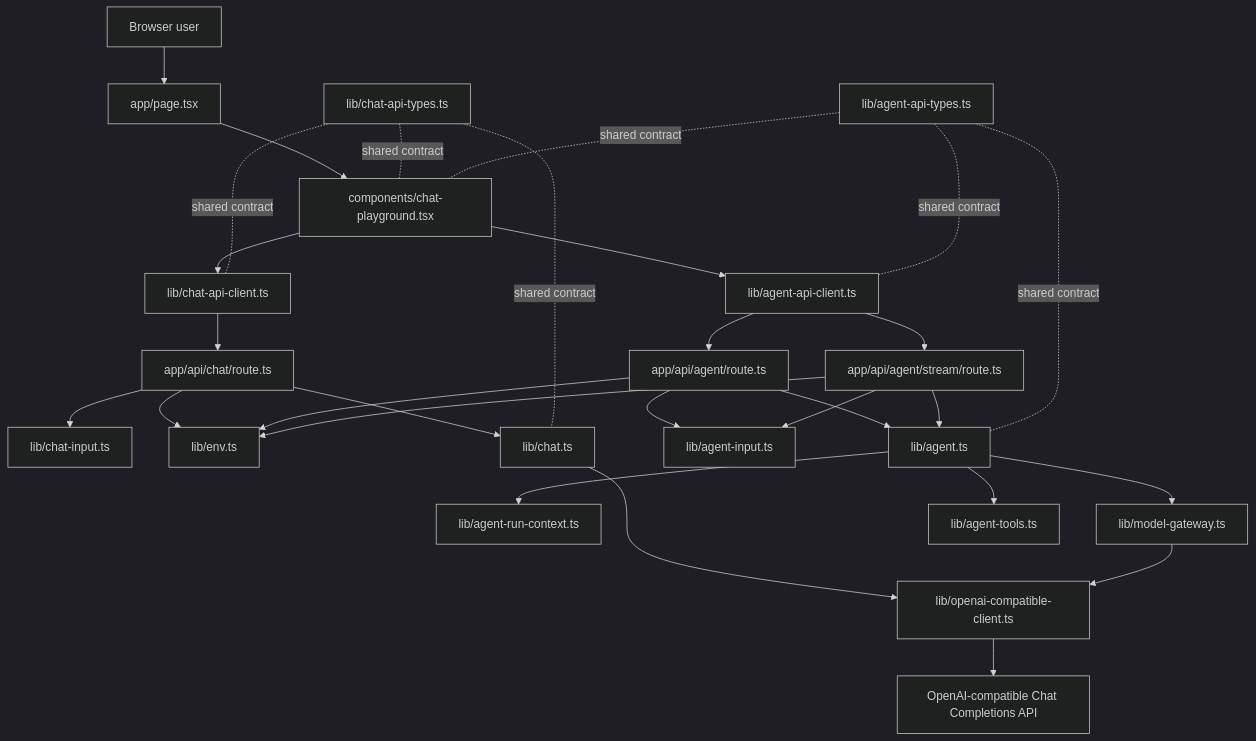
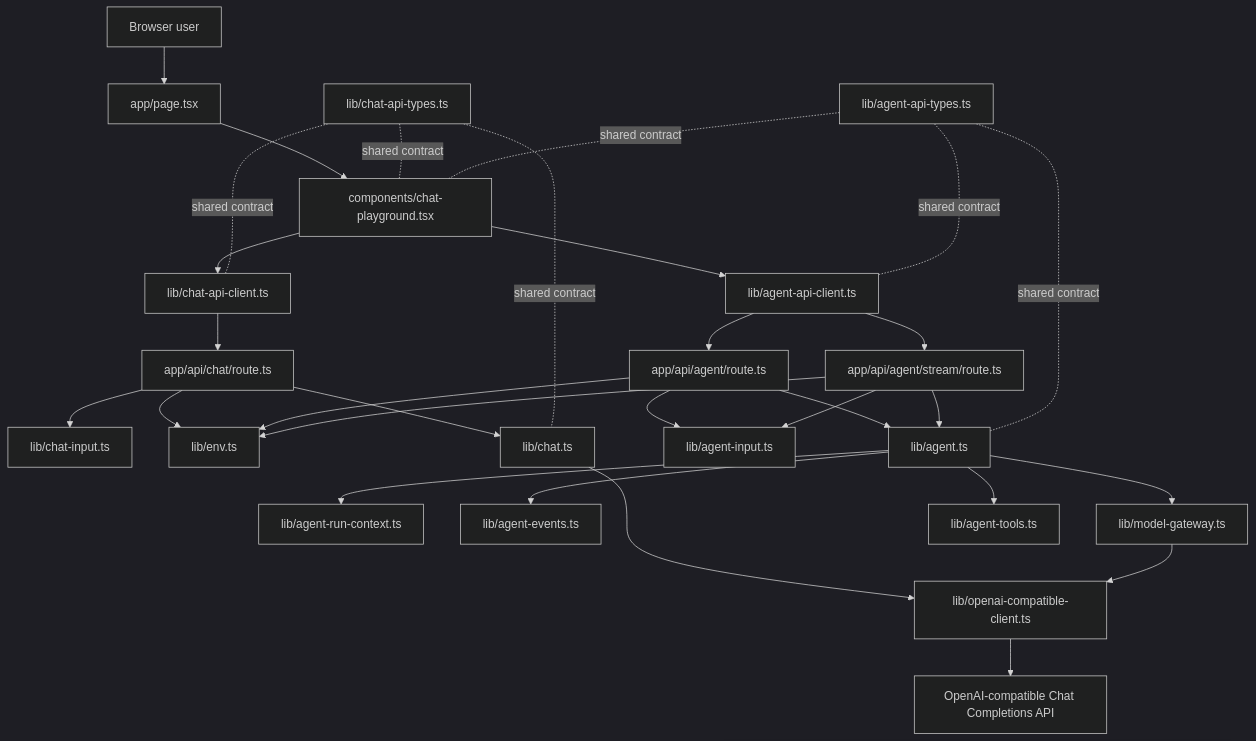
Before and after one commit to Liang-HZ/inspectable-agent-harness: the first of 3 diagrams in docs/architecture.md, drawn with Mermaid (dark theme). The commit also changed other lines of this file and 3 other files, not shown here.

````diff
--- a/docs/architecture.md
+++ b/docs/architecture.md
@@ -21,35 +21,36 @@
 ```mermaid
 flowchart TD
   User[Browser user] --> Page[app/page.tsx]
   Page --> Playground[components/chat-playground.tsx]
   Playground --> BrowserClient[lib/chat-api-client.ts]
   Playground --> AgentBrowserClient[lib/agent-api-client.ts]
   BrowserClient --> ChatRoute[app/api/chat/route.ts]
   AgentBrowserClient --> AgentRoute[app/api/agent/route.ts]
   AgentBrowserClient --> AgentStreamRoute[app/api/agent/stream/route.ts]
 
   ChatRoute --> ChatInput[lib/chat-input.ts]
   ChatRoute --> Env[lib/env.ts]
   ChatRoute --> ChatService[lib/chat.ts]
 
   AgentRoute --> AgentInput[lib/agent-input.ts]
   AgentStreamRoute --> AgentInput
   AgentRoute --> Env
   AgentStreamRoute --> Env
   AgentRoute --> AgentService[lib/agent.ts]
   AgentStreamRoute --> AgentService
   AgentService --> AgentRunContext[lib/agent-run-context.ts]
+  AgentService --> AgentEvents[lib/agent-events.ts]
   AgentService --> ModelGateway[lib/model-gateway.ts]
   AgentService --> AgentTools[lib/agent-tools.ts]
 
   ChatService --> OpenAIClient[lib/openai-compatible-client.ts]
   ModelGateway --> OpenAIClient
   OpenAIClient --> Provider[OpenAI-compatible Chat Completions API]
 
   SharedTypes[lib/chat-api-types.ts] -. shared contract .- Playground
   SharedTypes -. shared contract .- BrowserClient
   SharedTypes -. shared contract .- ChatService
   AgentTypes[lib/agent-api-types.ts] -. shared contract .- Playground
   AgentTypes -. shared contract .- AgentBrowserClient
   AgentTypes -. shared contract .- AgentService
 ```
````
